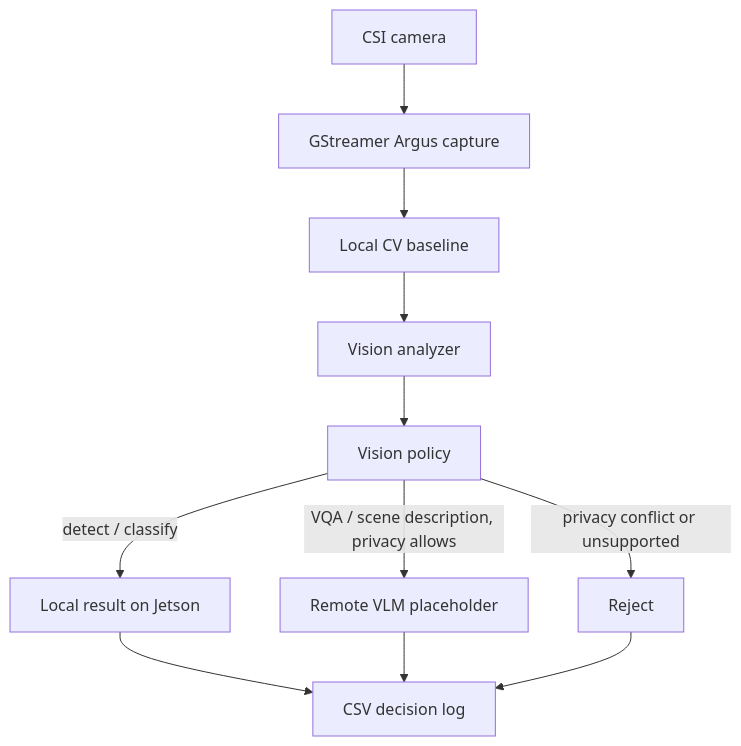
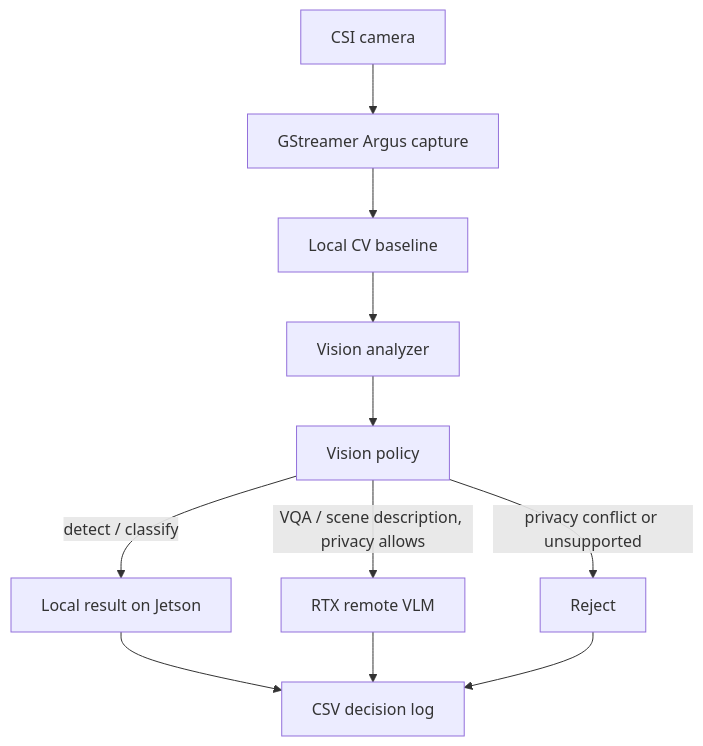
The diagram in serving/docs/vision_routing_design.md (123woshixiaoyu/edge-llm-bench), drawn with Mermaid before and after one commit. The commit also changed other lines of this file and 12 other files, not shown here.

Commit message:
Connect real remote VLM backend

````diff
--- a/serving/docs/vision_routing_design.md
+++ b/serving/docs/vision_routing_design.md
@@ -15,13 +15,13 @@
 ```mermaid
 flowchart TD
     A["CSI camera"] --> B["GStreamer Argus capture"]
     B --> C["Local CV baseline"]
     C --> D["Vision analyzer"]
     D --> E["Vision policy"]
     E -->|detect / classify| F["Local result on Jetson"]
-    E -->|VQA / scene description, privacy allows| G["Remote VLM placeholder"]
+    E -->|VQA / scene description, privacy allows| G["RTX remote VLM"]
     E -->|privacy conflict or unsupported| H["Reject"]
     F --> I["CSV decision log"]
     G --> I
     H --> I
 ```
````
